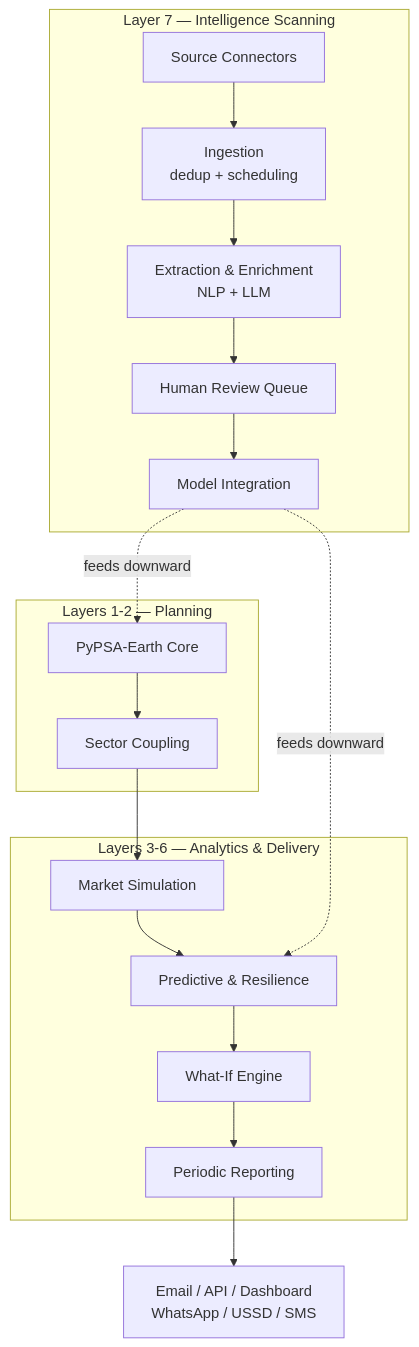
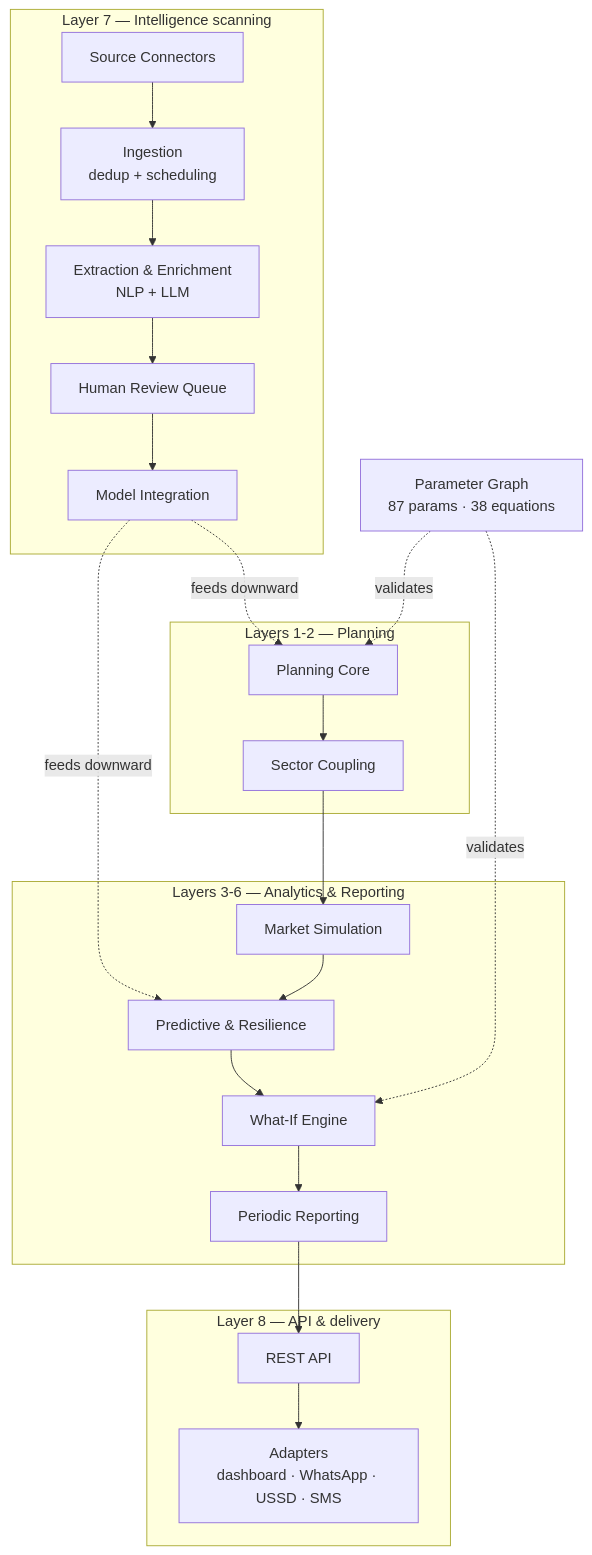
The diagram in README.md (nyimbi/alea), drawn with Mermaid before and after one commit. The commit also changed other lines of this file, not shown here.

````diff
--- a/README.md
+++ b/README.md
@@ -134,24 +174,30 @@
 ```mermaid
 graph TD
-    subgraph L7["Layer 7 — Intelligence Scanning"]
+    subgraph L7["Layer 7 — Intelligence scanning"]
         SC[Source Connectors] --> ING[Ingestion<br/>dedup + scheduling]
         ING --> EXT[Extraction & Enrichment<br/>NLP + LLM]
         EXT --> REV[Human Review Queue]
         REV --> MI[Model Integration]
     end
 
     subgraph L1["Layers 1-2 — Planning"]
-        PC[PyPSA-Earth Core] --> SEC[Sector Coupling]
+        PC[Planning Core] --> SEC[Sector Coupling]
     end
 
-    subgraph L3["Layers 3-6 — Analytics & Delivery"]
+    subgraph L3["Layers 3-6 — Analytics & Reporting"]
         MKT[Market Simulation] --> PRED[Predictive & Resilience]
         PRED --> WI[What-If Engine]
         WI --> REP[Periodic Reporting]
     end
 
+    subgraph L8["Layer 8 — API & delivery"]
+        API[REST API] --> AD[Adapters<br/>dashboard · WhatsApp · USSD · SMS]
+    end
+
+    PRG[Parameter Graph<br/>87 params · 38 equations] -.validates.-> WI
+    PRG -.validates.-> PC
     MI -.feeds downward.-> PC
     MI -.feeds downward.-> PRED
     SEC --> MKT
-    REP --> OUT[Email / API / Dashboard<br/>WhatsApp / USSD / SMS]
+    REP --> API
 ```
````
